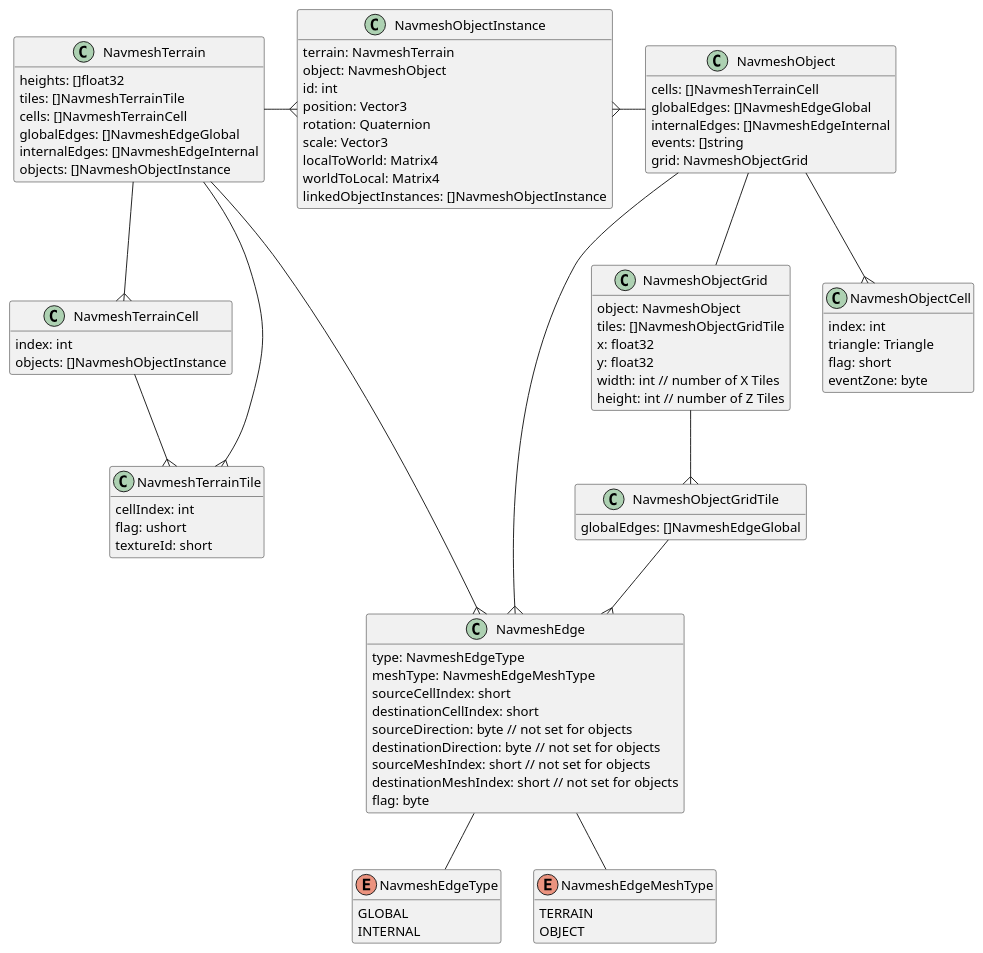
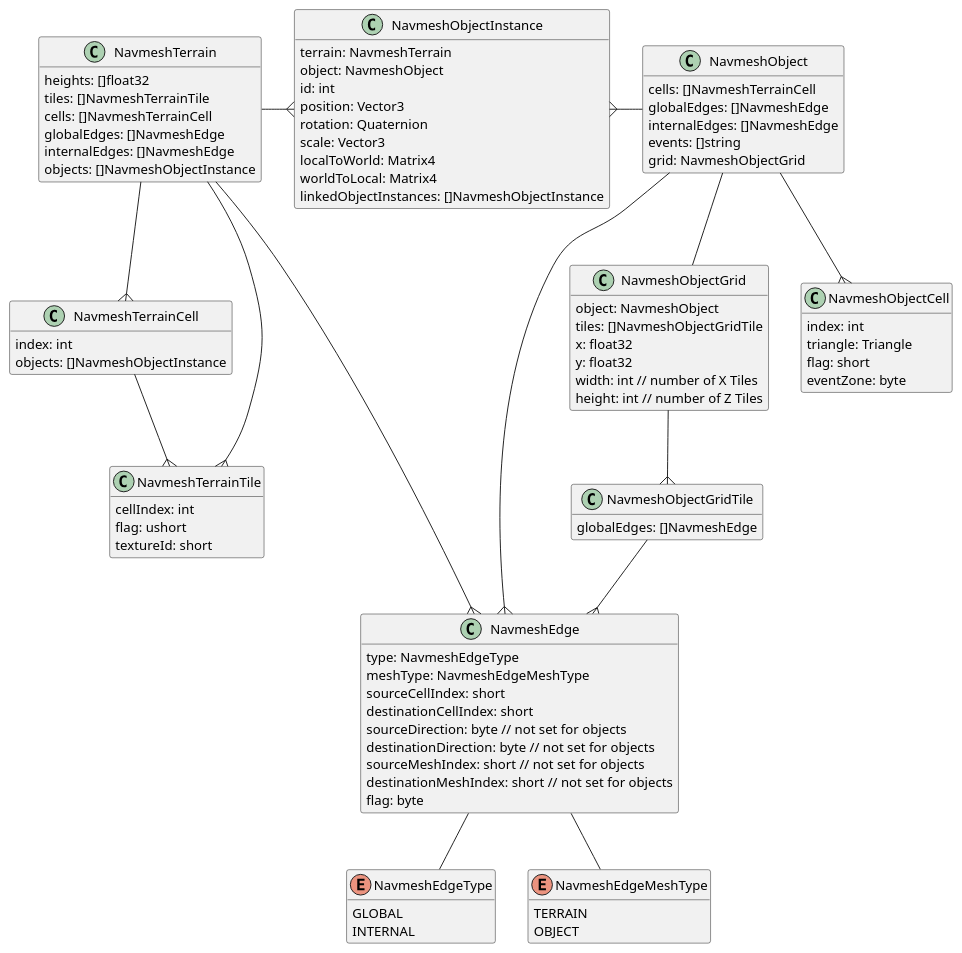
The diagram in _docs/navmesh.puml (DummkopfOfHachtenduden/SilkroadDoc), drawn with PlantUML before and after one commit. The commit also changed 1 other file, not shown here.

Commit message:
update diagram

```diff
--- a/_docs/navmesh.puml
+++ b/_docs/navmesh.puml
@@ -1,107 +1,107 @@
 @startuml navmesh
 
 hide empty members
 
 class NavmeshTerrain {
     heights: []float32
     tiles: []NavmeshTerrainTile
     cells: []NavmeshTerrainCell
-    globalEdges: []NavmeshEdgeGlobal
-    internalEdges: []NavmeshEdgeInternal
+    globalEdges: []NavmeshEdge
+    internalEdges: []NavmeshEdge
     objects: []NavmeshObjectInstance
 }
 
 class NavmeshTerrainCell {
     index: int
     objects: []NavmeshObjectInstance
 }
 
 class NavmeshTerrainTile {
     cellIndex: int
     flag: ushort
     textureId: short
 }
 
 enum NavmeshEdgeType {
     GLOBAL
     INTERNAL
 }
 
 enum NavmeshEdgeMeshType {
     TERRAIN
     OBJECT
 }
 
 class NavmeshEdge {
     type: NavmeshEdgeType
     meshType: NavmeshEdgeMeshType
     sourceCellIndex: short
     destinationCellIndex: short
     sourceDirection: byte // not set for objects
     destinationDirection: byte // not set for objects
     sourceMeshIndex: short // not set for objects
     destinationMeshIndex: short // not set for objects
     flag: byte
 }
 
 class NavmeshObject {
     cells: []NavmeshTerrainCell
-    globalEdges: []NavmeshEdgeGlobal
-    internalEdges: []NavmeshEdgeInternal
+    globalEdges: []NavmeshEdge
+    internalEdges: []NavmeshEdge
     events: []string
     grid: NavmeshObjectGrid
 }
 
 class NavmeshObjectInstance {
     terrain: NavmeshTerrain
     object: NavmeshObject
     id: int
     position: Vector3
     rotation: Quaternion
     scale: Vector3
     localToWorld: Matrix4
     worldToLocal: Matrix4
     linkedObjectInstances: []NavmeshObjectInstance
 }
 
 class NavmeshObjectGrid {
     object: NavmeshObject
     tiles: []NavmeshObjectGridTile
     x: float32
     y: float32
     width: int // number of X Tiles
     height: int // number of Z Tiles
 }
 
 class NavmeshObjectGridTile {
-    globalEdges: []NavmeshEdgeGlobal
+    globalEdges: []NavmeshEdge
 }
 
 class NavmeshObjectCell {
     index: int
     triangle: Triangle
     flag: short
     eventZone: byte
 }
 
 ' Terrain
 
 NavmeshTerrain --{ NavmeshTerrainCell
 NavmeshTerrain --{ NavmeshTerrainTile
 NavmeshTerrain --{ NavmeshEdge
 NavmeshTerrain -right-{ NavmeshObjectInstance
 NavmeshTerrainCell --{ NavmeshTerrainTile
 
 ' Object
 
 NavmeshObject -left-{ NavmeshObjectInstance
 NavmeshObject --{ NavmeshObjectCell
 NavmeshObject -- NavmeshObjectGrid
 NavmeshObject --{ NavmeshEdge
 NavmeshObjectGrid --{ NavmeshObjectGridTile
 NavmeshObjectGridTile --{ NavmeshEdge
 
 NavmeshEdge -- NavmeshEdgeType
 NavmeshEdge -- NavmeshEdgeMeshType
 
 @enduml
```
